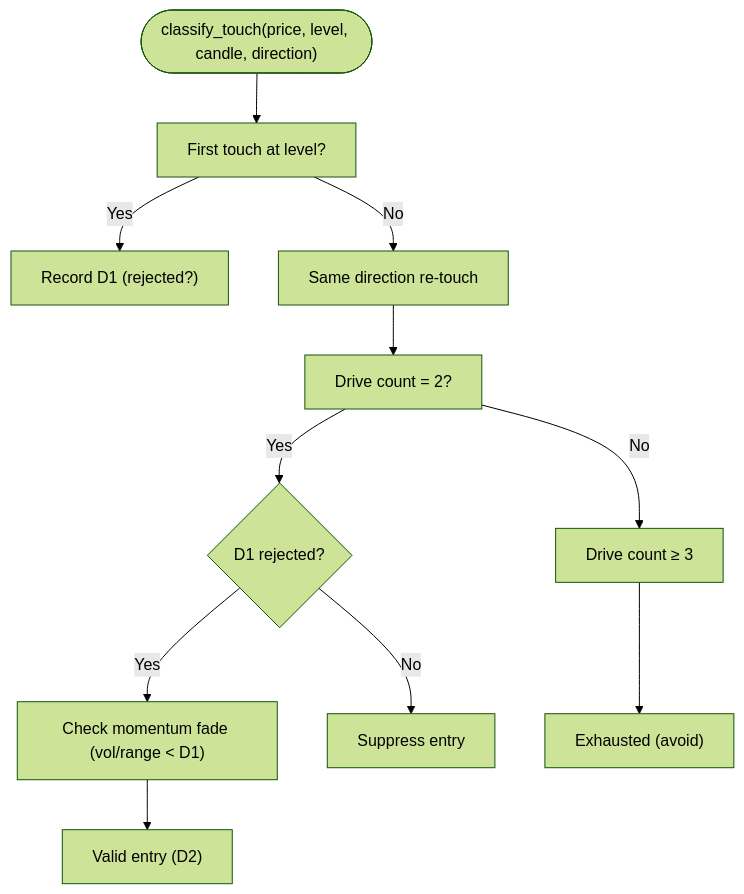
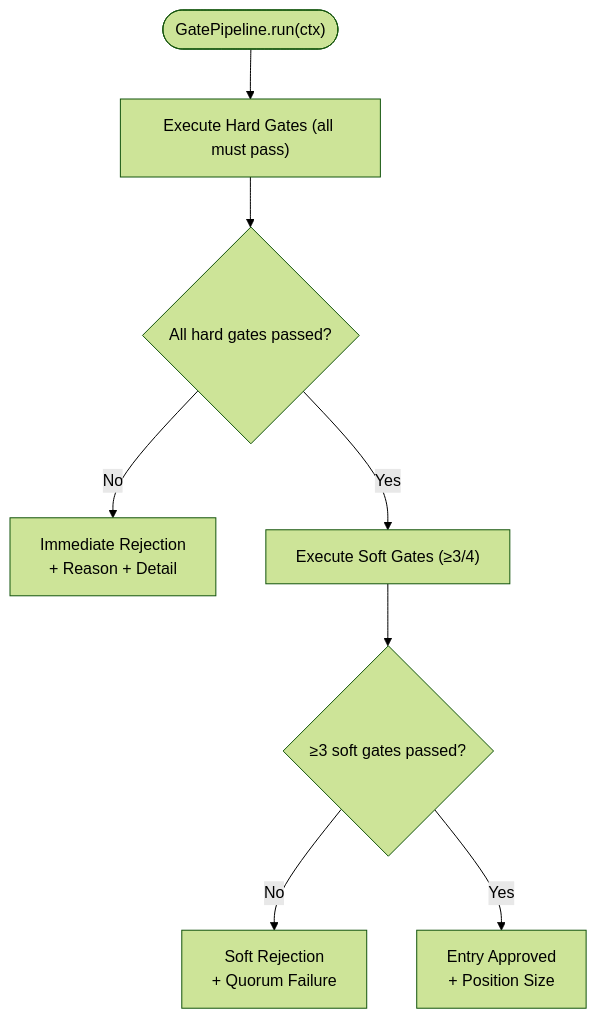
The third of 7 diagrams in .qoder/repowiki/en/content/Backend Application/Domain Services/Domain Services.md (gemrajkhatry-maker/v5-of-glassytrade-ai), drawn with Mermaid (forest theme) before and after one commit. The commit also changed other lines of this file and 930 other files, not shown here.

````diff
--- a/.qoder/repowiki/en/content/Backend Application/Domain Services/Domain Services.md
+++ b/.qoder/repowiki/en/content/Backend Application/Domain Services/Domain Services.md
@@ -351,13 +282,10 @@
 ```mermaid
 flowchart TD
-DStart(["classify_touch(price, level, candle, direction)"]) --> New["First touch at level?"]
-New --> |Yes| D1["Record D1 (rejected?)"]
-New --> |No| ReTouch["Same direction re-touch"]
-ReTouch --> D2["Drive count = 2?"]
-D2 --> |Yes| Reject{"D1 rejected?"}
-Reject --> |Yes| Fade["Check momentum fade (vol/range < D1)"]
-Reject --> |No| Suppress["Suppress entry"]
-Fade --> Valid["Valid entry (D2)"]
-D2 --> |No| D3["Drive count ≥ 3"]
-D3 --> Exhaust["Exhausted (avoid)"]
+Start(["GatePipeline.run(ctx)"]) --> Hard["Execute Hard Gates (all must pass)"]
+Hard --> HardPass{"All hard gates passed?"}
+HardPass --> |No| Reject["Immediate Rejection<br/>+ Reason + Detail"]
+HardPass --> |Yes| Soft["Execute Soft Gates (≥3/4)"]
+Soft --> SoftPass{"≥3 soft gates passed?"}
+SoftPass --> |No| SoftReject["Soft Rejection<br/>+ Quorum Failure"]
+SoftPass --> |Yes| Approve["Entry Approved<br/>+ Position Size"]
 ```
````
